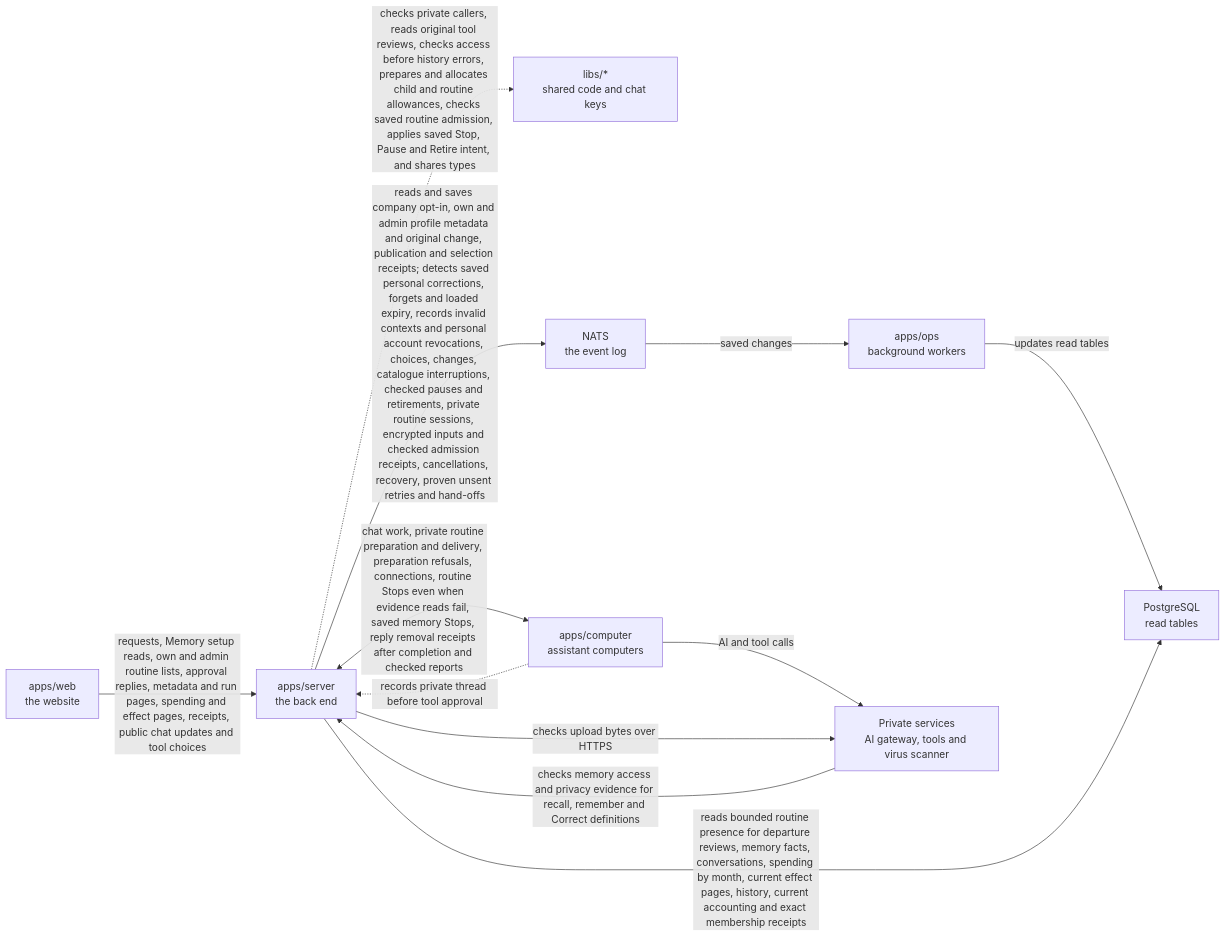
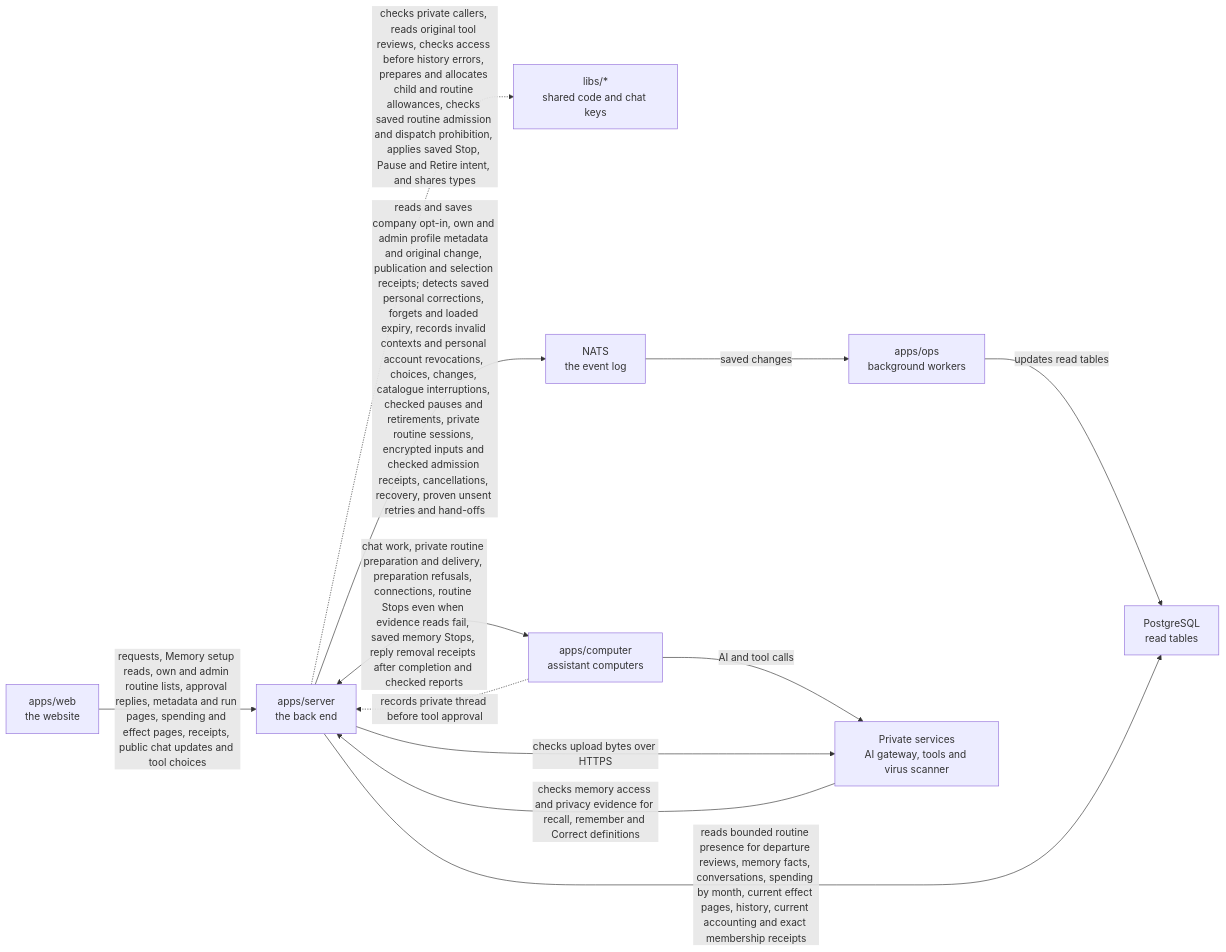
One commit to elewa-git/opencrane-new changed the diagram in apps/server/README.md. Above: the diagram before and after it, drawn with Mermaid. The commit also changed other lines of this file and 14 other files, not shown here.

First line of the commit message:
🛑 A routine is refused as soon as its saved prohibition exists, even if the refusal audit fails (#798)

````diff
--- a/apps/server/README.md
+++ b/apps/server/README.md
@@ -129,14 +130,14 @@
 ```mermaid
 flowchart LR
   web["apps/web<br/>the website"] -->|requests, Memory setup reads, own and admin routine lists, approval replies, metadata and run pages, spending and effect pages, receipts, public chat updates and tool choices| server["apps/server<br/>the back end"]
-  server -.->|checks private callers, reads original tool reviews, checks access before history errors, prepares and allocates child and routine allowances, checks saved routine admission, applies saved Stop, Pause and Retire intent, and shares types| libs["libs/*<br/>shared code and chat keys"]
+  server -.->|checks private callers, reads original tool reviews, checks access before history errors, prepares and allocates child and routine allowances, checks saved routine admission and dispatch prohibition, applies saved Stop, Pause and Retire intent, and shares types| libs["libs/*<br/>shared code and chat keys"]
   server -->|reads and saves company opt-in, own and admin profile metadata and original change, publication and selection receipts; detects saved personal corrections, forgets and loaded expiry, records invalid contexts and personal account revocations, choices, changes, catalogue interruptions, checked pauses and retirements, private routine sessions, encrypted inputs and checked admission receipts, cancellations, recovery, proven unsent retries and hand-offs| nats["NATS<br/>the event log"]
   nats -->|saved changes| ops["apps/ops<br/>background workers"]
   ops -->|updates read tables| postgres["PostgreSQL<br/>read tables"]
   server -->|reads bounded routine presence for departure reviews, memory facts, conversations, spending by month, current effect pages, history, current accounting and exact membership receipts| postgres
   server <-->|chat work, private routine preparation and delivery, preparation refusals, connections, routine Stops even when evidence reads fail, saved memory Stops, reply removal receipts after completion and checked reports| computer["apps/computer<br/>assistant computers"]
   computer -.->|records private thread before tool approval| server
   computer -->|AI and tool calls| runtime["Private services<br/>AI gateway, tools and virus scanner"]
   server -->|checks upload bytes over HTTPS| runtime
   runtime -->|checks memory access and privacy evidence for recall, remember and Correct definitions| server
 ```
````
